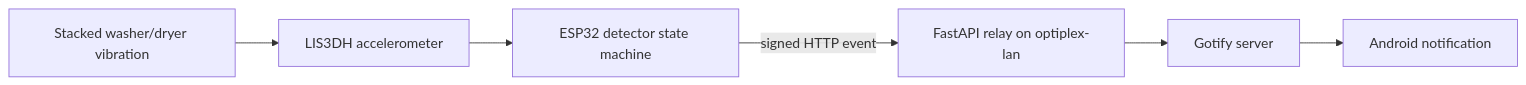
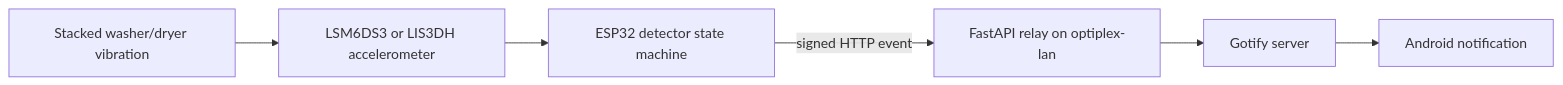
The diagram in README.md (boscacci/laundry-done), drawn with Mermaid before and after one commit. The commit also changed other lines of this file and 4 other files, not shown here.

Commit message:
feat: add LSM6DS3 accelerometer bring-up

````diff
--- a/README.md
+++ b/README.md
@@ -23,8 +23,8 @@
 ```mermaid
 flowchart LR
-  A["Stacked washer/dryer vibration"] --> B["LIS3DH accelerometer"]
+  A["Stacked washer/dryer vibration"] --> B["LSM6DS3 or LIS3DH accelerometer"]
   B --> C["ESP32 detector state machine"]
   C -->|"signed HTTP event"| D["FastAPI relay on optiplex-lan"]
   D --> E["Gotify server"]
   E --> F["Android notification"]
 ```
````
